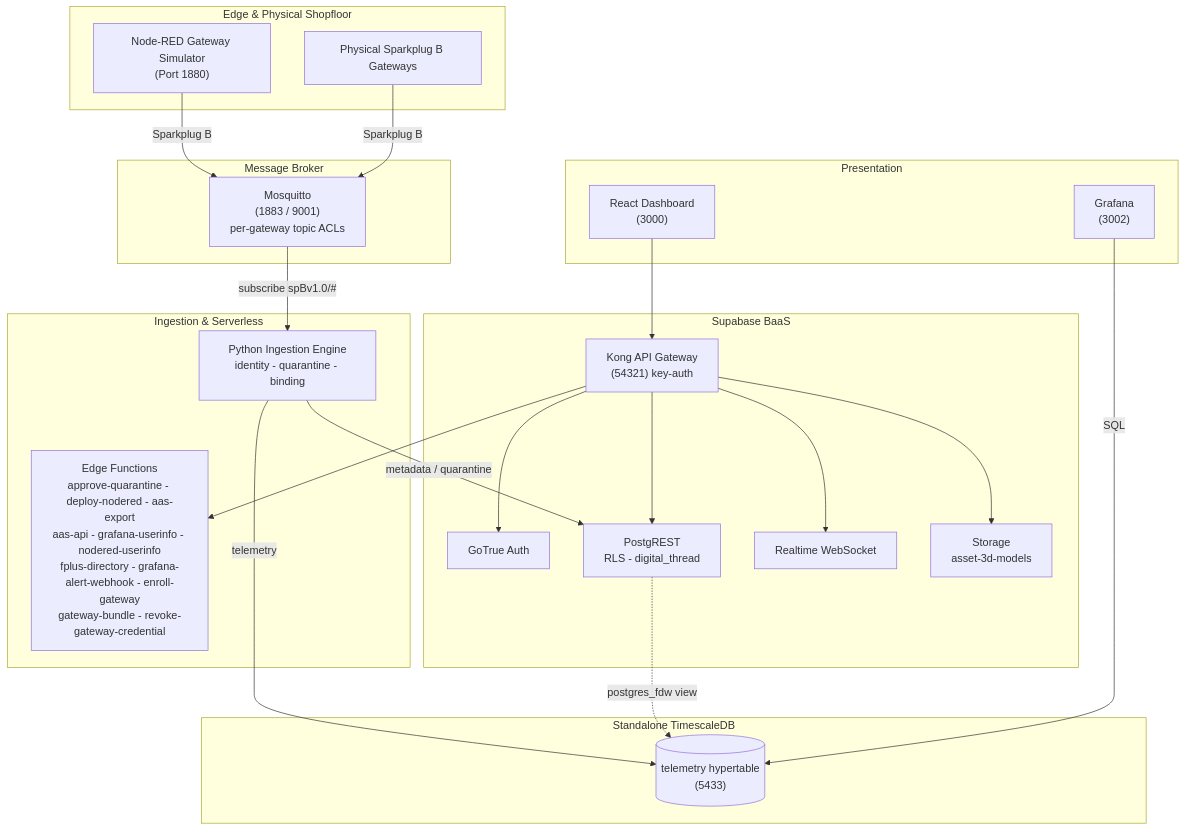
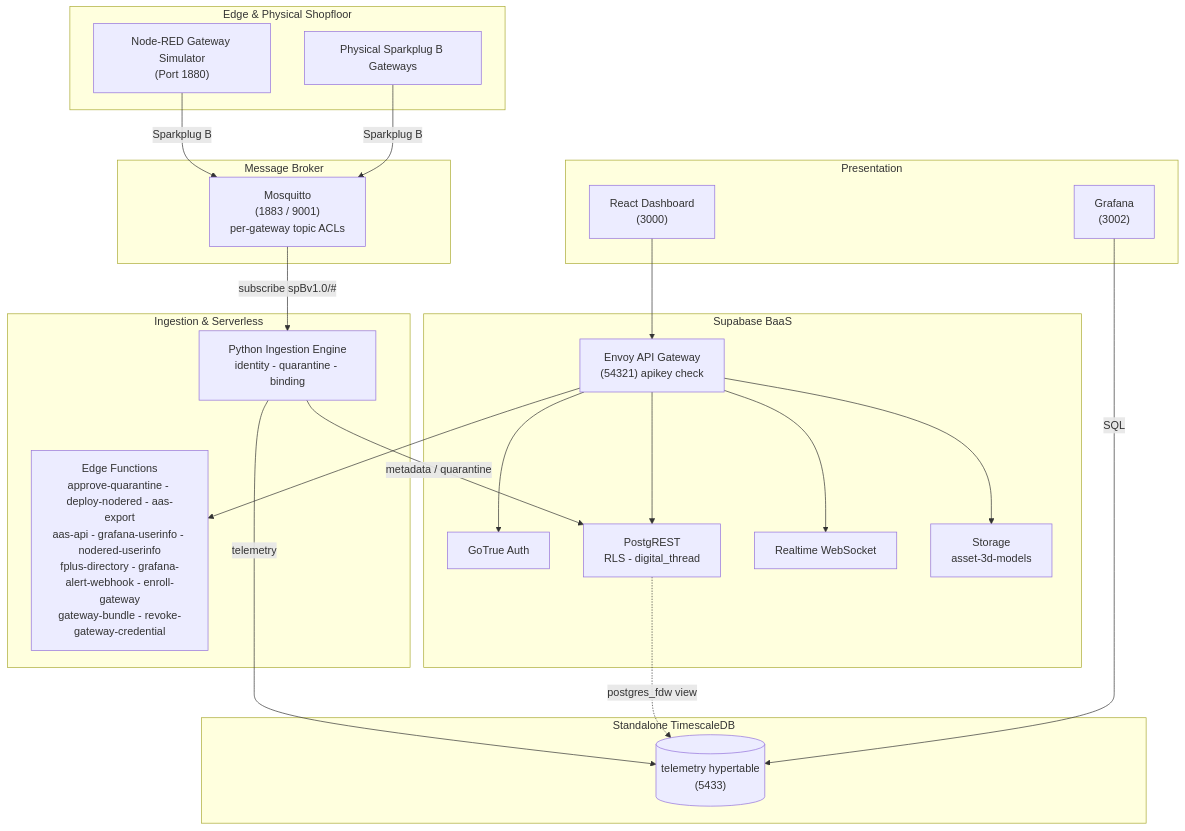
Before and after one commit to Harri-Llewelyn/Aber: the diagram in README.md, drawn with Mermaid. The commit also changed other lines of this file and 10 other files, not shown here.

First line of the commit message:
feat(gateway): Envoy is the gateway on Compose; Kong retired

````diff
--- a/README.md
+++ b/README.md
@@ -30,47 +30,47 @@
 ```mermaid
 flowchart TB
     subgraph Edge ["Edge & Physical Shopfloor"]
         NR["Node-RED Gateway Simulator<br/>(Port 1880)"]
         DEV["Physical Sparkplug B Gateways"]
     end
 
     subgraph Messaging ["Message Broker"]
         MQTT["Mosquitto<br/>(1883 / 9001)<br/>per-gateway topic ACLs"]
     end
 
     subgraph Processing ["Ingestion & Serverless"]
         ING["Python Ingestion Engine<br/>identity - quarantine - binding"]
         EF["Edge Functions<br/>approve-quarantine - deploy-nodered - aas-export<br/>aas-api - grafana-userinfo - nodered-userinfo<br/>fplus-directory - grafana-alert-webhook - enroll-gateway<br/>gateway-bundle - revoke-gateway-credential"]
     end
 
     subgraph Supabase ["Supabase BaaS"]
-        KONG["Kong API Gateway<br/>(54321) key-auth"]
+        GW["Envoy API Gateway<br/>(54321) apikey check"]
         AUTH["GoTrue Auth"]
         PGRST["PostgREST<br/>RLS - digital_thread"]
         RT["Realtime WebSocket"]
         STO["Storage<br/>asset-3d-models"]
     end
 
     subgraph TSDB ["Standalone TimescaleDB"]
         TS[("telemetry hypertable<br/>(5433)")]
     end
 
     subgraph UX ["Presentation"]
         UI["React Dashboard<br/>(3000)"]
         GRAF["Grafana<br/>(3002)"]
     end
 
     NR -->|Sparkplug B| MQTT
     DEV -->|Sparkplug B| MQTT
     MQTT -->|subscribe spBv1.0/#| ING
     ING -->|metadata / quarantine| PGRST
     ING -->|telemetry| TS
-    UI --> KONG
-    KONG --> AUTH
-    KONG --> PGRST
-    KONG --> RT
-    KONG --> STO
-    KONG --> EF
+    UI --> GW
+    GW --> AUTH
+    GW --> PGRST
+    GW --> RT
+    GW --> STO
+    GW --> EF
     PGRST -.->|postgres_fdw view| TS
     GRAF -->|SQL| TS
 ```
````
